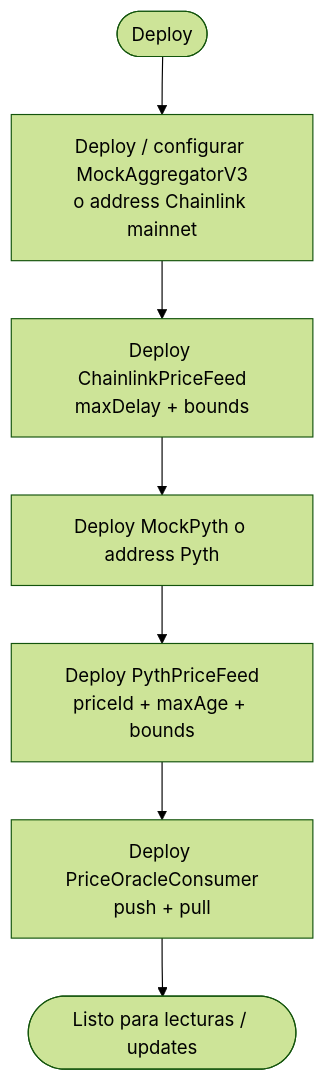
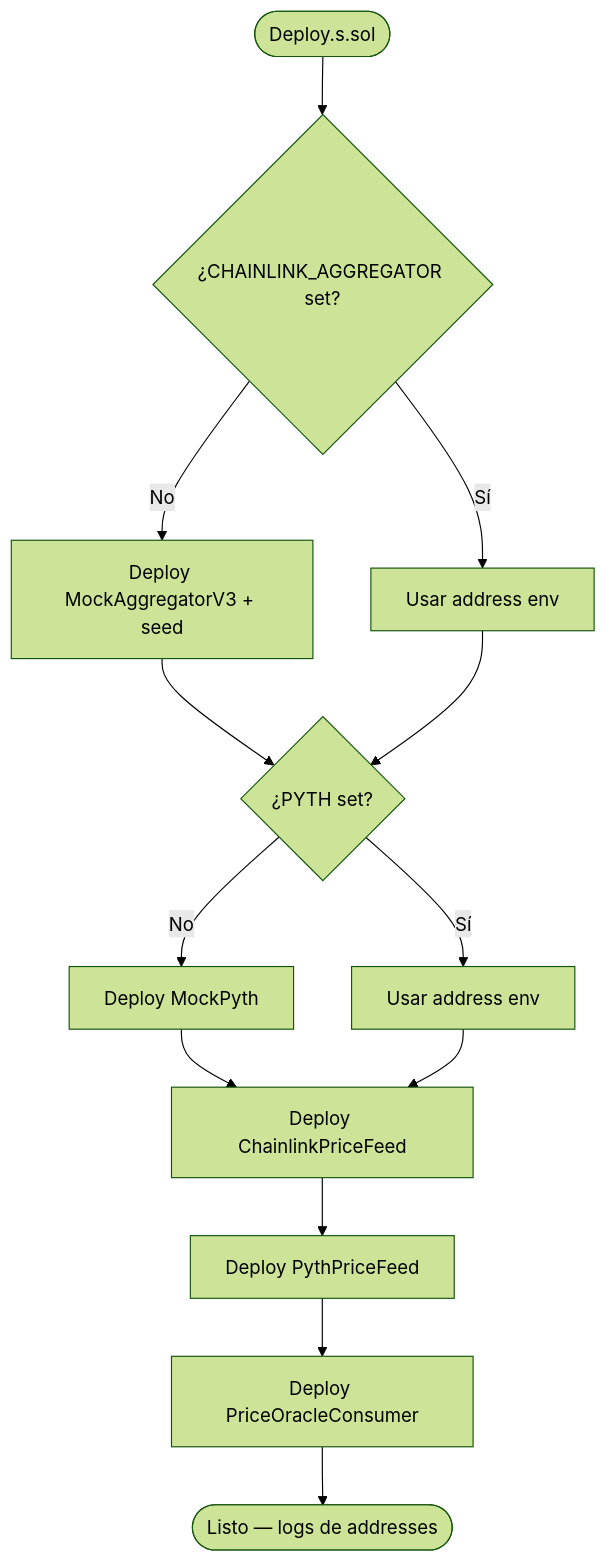
Before and after one commit to rastrahm/decentralized-oracles: the third of 7 diagrams in doc/flujograma.md, drawn with Mermaid (forest theme). The commit also changed other lines of this file and 12 other files, not shown here.

````diff
--- a/doc/flujograma.md
+++ b/doc/flujograma.md
@@ -70,9 +68,15 @@
 ```mermaid
 flowchart TD
-    A([Deploy]) --> B[Deploy / configurar MockAggregatorV3\no address Chainlink mainnet]
-    B --> C[Deploy ChainlinkPriceFeed\nmaxDelay + bounds]
-    C --> D[Deploy MockPyth o address Pyth]
-    D --> E[Deploy PythPriceFeed\npriceId + maxAge + bounds]
-    E --> F[Deploy PriceOracleConsumer\npush + pull]
-    F --> G([Listo para lecturas / updates])
+    A([Deploy.s.sol]) --> B{¿CHAINLINK_AGGREGATOR set?}
+    B -->|No| C[Deploy MockAggregatorV3 + seed]
+    B -->|Sí| D[Usar address env]
+    C --> E{¿PYTH set?}
+    D --> E
+    E -->|No| F[Deploy MockPyth]
+    E -->|Sí| G[Usar address env]
+    F --> H[Deploy ChainlinkPriceFeed]
+    G --> H
+    H --> I[Deploy PythPriceFeed]
+    I --> J[Deploy PriceOracleConsumer]
+    J --> K([Listo — logs de addresses])
 ```
````
